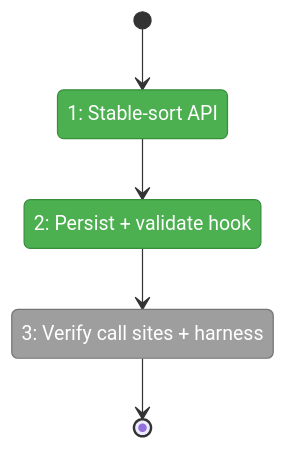
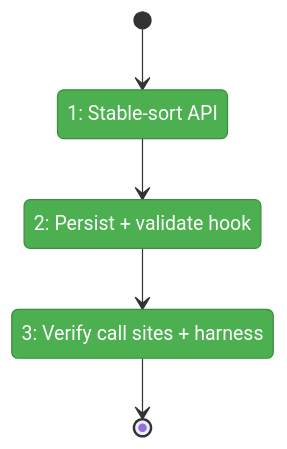
Before and after one commit to AI-Substrate/chainglass: the first of 2 diagrams in docs/plans/084-random-enhancements-3/fixes/FX005-mobile-terminal-session-selection.fltplan.md, drawn with Mermaid. The commit also changed other lines of this file and 5 other files, not shown here.

````diff
--- a/docs/plans/084-random-enhancements-3/fixes/FX005-mobile-terminal-session-selection.fltplan.md
+++ b/docs/plans/084-random-enhancements-3/fixes/FX005-mobile-terminal-session-selection.fltplan.md
@@ -26,19 +26,18 @@
 ```mermaid
 stateDiagram-v2
     classDef pending fill:#9E9E9E,stroke:#757575,color:#fff
     classDef active fill:#FFC107,stroke:#FFA000,color:#000
     classDef done fill:#4CAF50,stroke:#388E3C,color:#fff
     classDef blocked fill:#F44336,stroke:#D32F2F,color:#fff
 
     state "1: Stable-sort API" as S1
     state "2: Persist + validate hook" as S2
     state "3: Verify call sites + harness" as S3
 
     [*] --> S1
     S1 --> S2
     S2 --> S3
     S3 --> [*]
 
-    class S1,S2 done
-    class S3 pending
+    class S1,S2,S3 done
 ```
````
